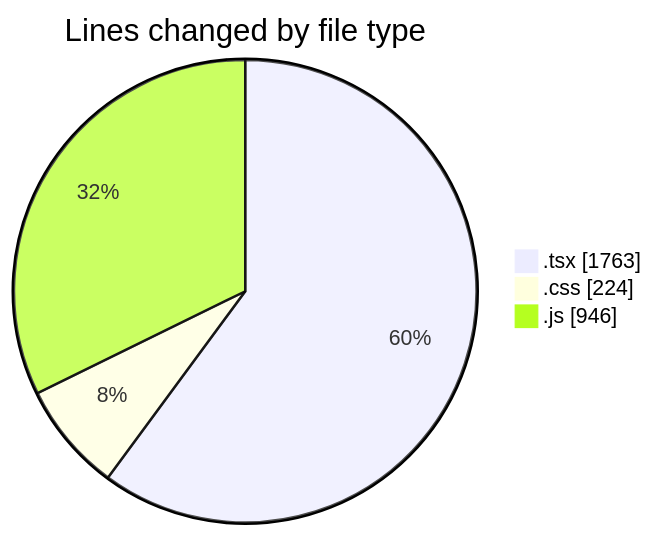
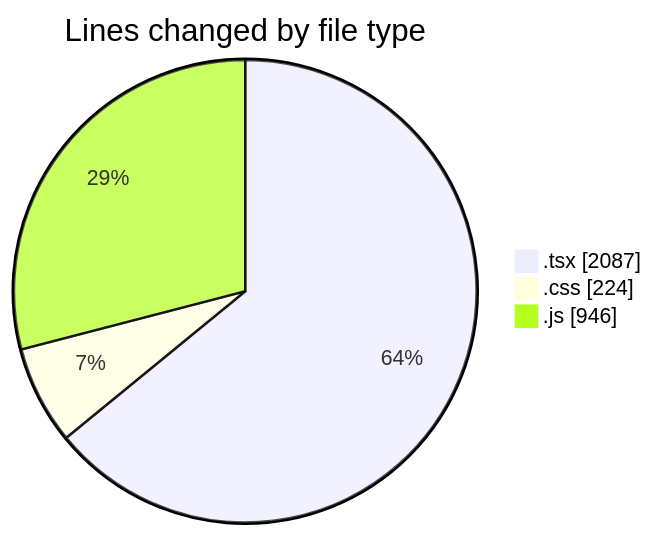
Before and after one commit to Elitesun/code-tracking: the first of 2 diagrams in 2025-04-22/indesign/README.md, drawn with Mermaid. The commit also changed other lines of this file and 1 other file, not shown here.

````diff
--- a/2025-04-22/indesign/README.md
+++ b/2025-04-22/indesign/README.md
@@ -34,7 +35,7 @@
 ```mermaid
 pie showData
 title Lines changed by file type
-".tsx" : 1763
+".tsx" : 2087
 ".css" : 224
 ".js" : 946
 ```
````
